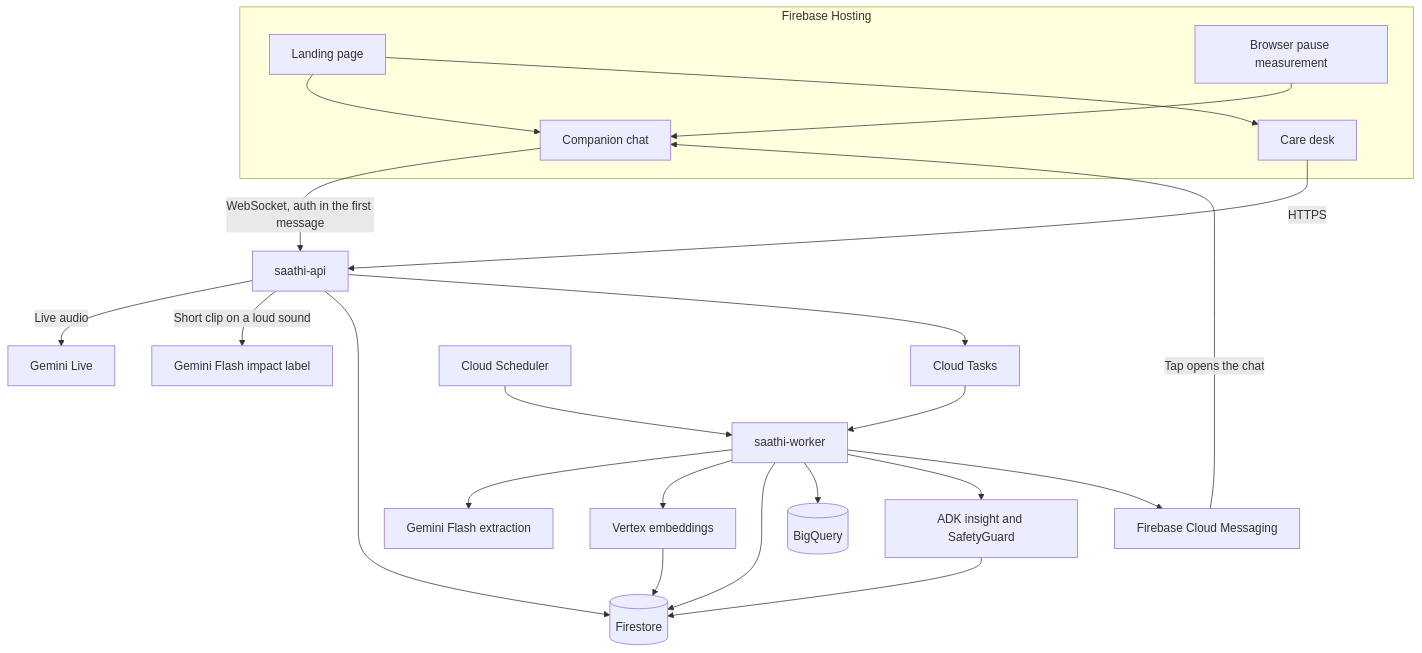
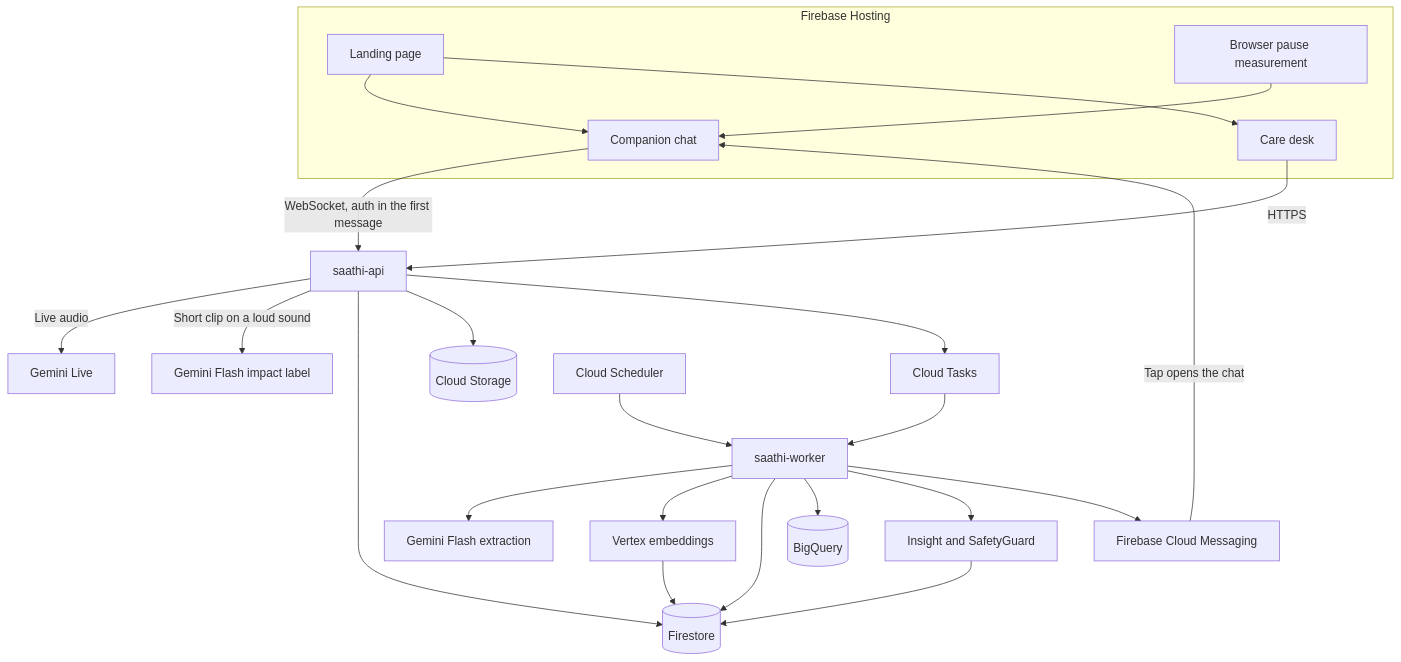
Before and after one commit to srushtipatil09/AI_Builder_Cup_2026: the first of 3 diagrams in docs/ARCHITECTURE.md, drawn with Mermaid. The commit also changed other lines of this file and 7 other files, not shown here.

````diff
--- a/docs/ARCHITECTURE.md
+++ b/docs/ARCHITECTURE.md
@@ -9,29 +9,30 @@
 ```mermaid
 flowchart TD
   subgraph browser [Firebase Hosting]
     land[Landing page]
     chat[Companion chat]
     desk[Care desk]
     meter[Browser pause measurement]
   end
   land --> chat
   land --> desk
   meter --> chat
   chat -->|WebSocket, auth in the first message| api[saathi-api]
   desk -->|HTTPS| api
   api -->|Live audio| live[Gemini Live]
   api -->|Short clip on a loud sound| flashNow[Gemini Flash impact label]
   api --> store[(Firestore)]
+  api --> media[(Cloud Storage)]
   api --> tasks[Cloud Tasks]
   clock[Cloud Scheduler] --> worker[saathi-worker]
   tasks --> worker
   worker --> flash[Gemini Flash extraction]
   worker --> embed[Vertex embeddings]
   embed --> store
   worker --> store
   worker --> bq[(BigQuery)]
-  worker --> guard[ADK insight and SafetyGuard]
+  worker --> guard[Insight and SafetyGuard]
   guard --> store
   worker --> push[Firebase Cloud Messaging]
   push -->|Tap opens the chat| chat
 ```
````
